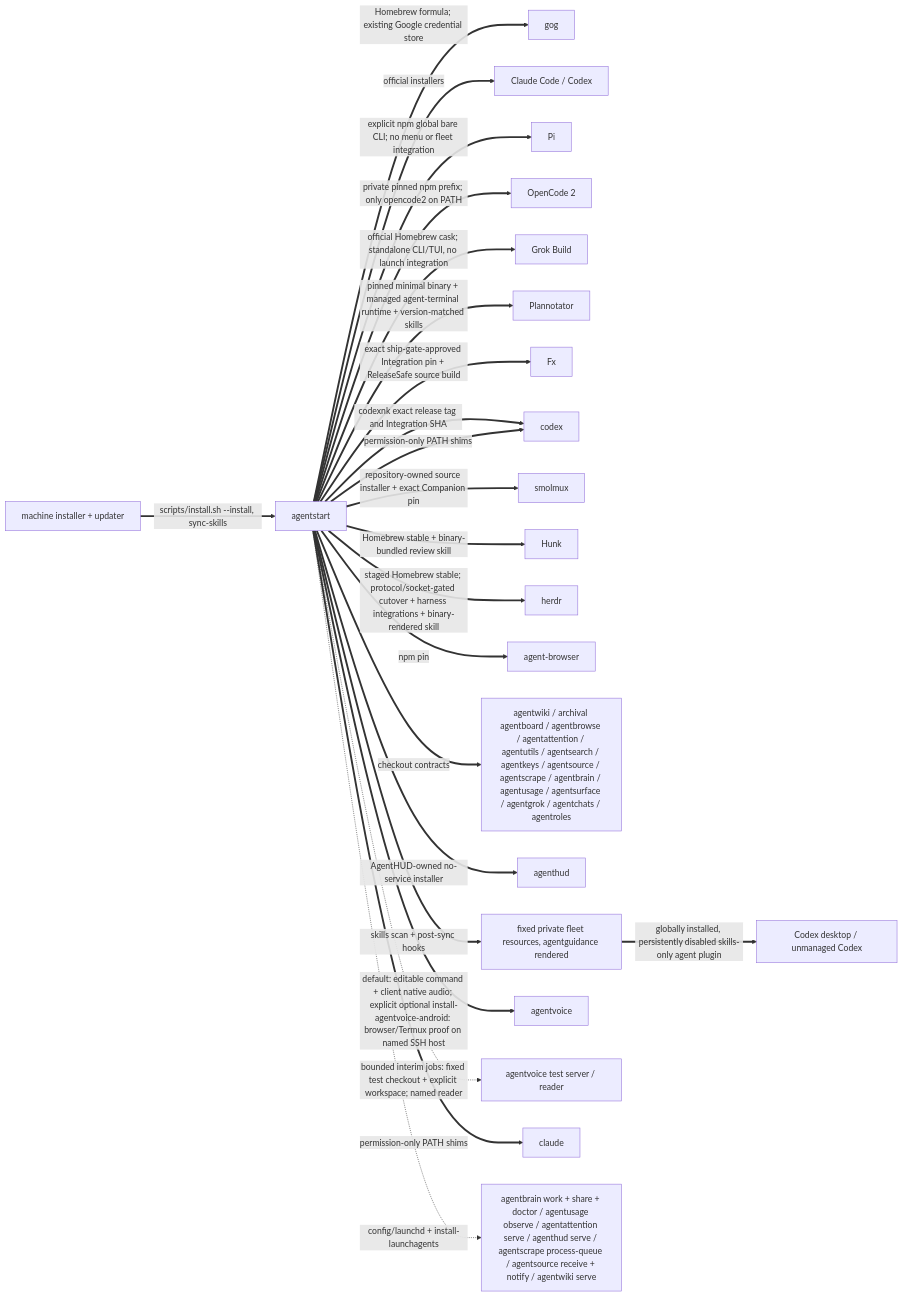
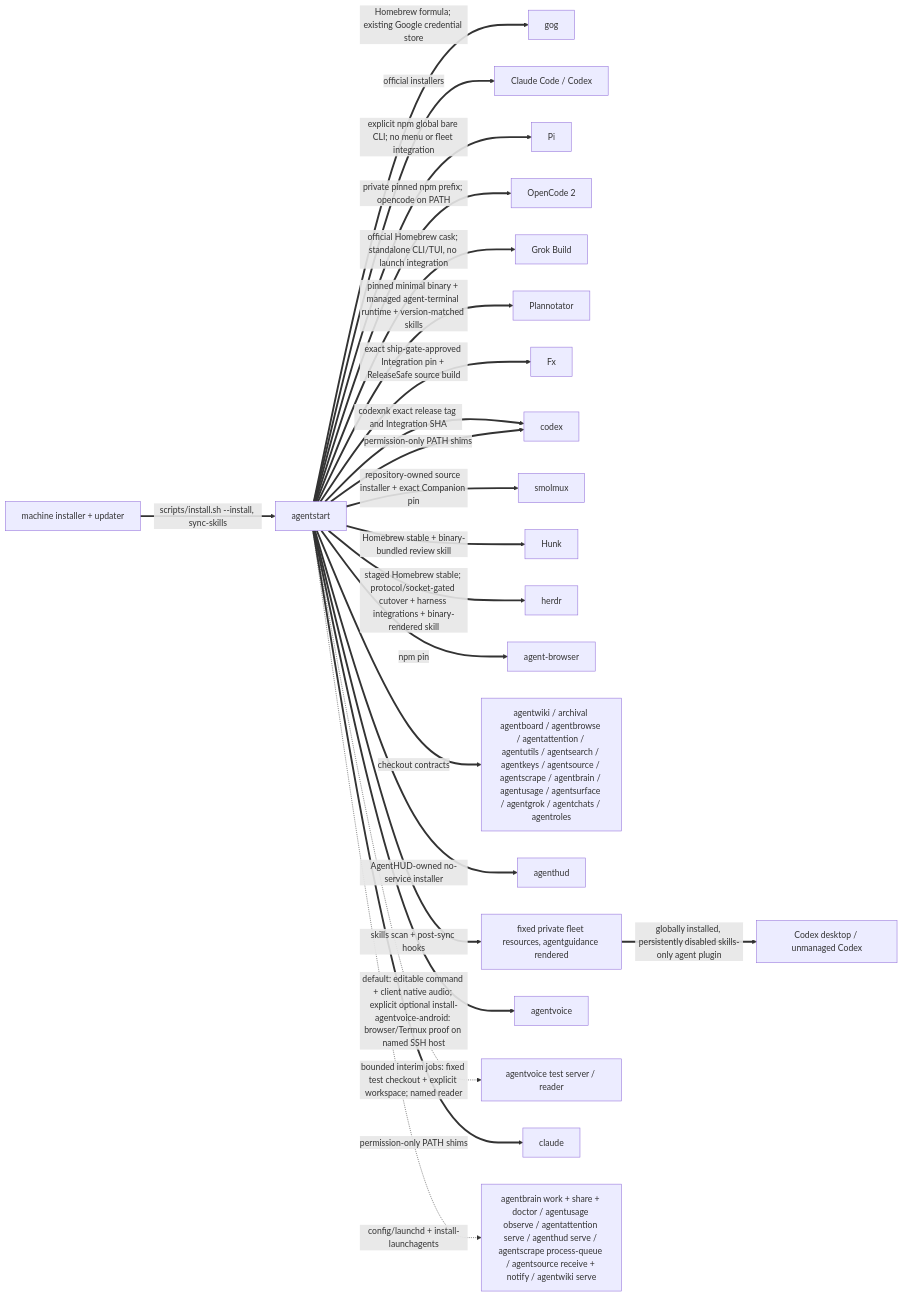
One commit to possibilities/agentstart changed the second of 3 diagrams in skills/fleet/MAP.md. Above: the diagram before and after it, drawn with Mermaid. The commit also changed other lines of this file and 8 other files, not shown here.

Commit message:
Make OpenCode 2 the default harness command

````diff
--- a/skills/fleet/MAP.md
+++ b/skills/fleet/MAP.md
@@ -103,27 +103,27 @@
 ```mermaid
 flowchart LR
     machine[machine installer + updater]
     start[agentstart]
 
     machine ==>|scripts/install.sh --install, sync-skills| start
     start ==>|Homebrew formula; existing Google credential store| gog
     start ==>|official installers| harnesses[Claude Code / Codex]
     start ==>|explicit npm global bare CLI; no menu or fleet integration| pi[Pi]
-    start ==>|private pinned npm prefix; only opencode2 on PATH| opencode2[OpenCode 2]
+    start ==>|private pinned npm prefix; opencode on PATH| opencode_v2[OpenCode 2]
     start ==>|official Homebrew cask; standalone CLI/TUI, no launch integration| grok[Grok Build]
     start ==>|pinned minimal binary + managed agent-terminal runtime + version-matched skills| plannotator[Plannotator]
     start ==>|exact ship-gate-approved Integration pin + ReleaseSafe source build| fx[Fx]
     start ==>|codexnk exact release tag and Integration SHA| codex
     start ==>|repository-owned source installer + exact Companion pin| smolmuxInstall[smolmux]
     start ==>|Homebrew stable + binary-bundled review skill| hunk[Hunk]
     start ==>|staged Homebrew stable; protocol/socket-gated cutover + harness integrations + binary-rendered skill| herdrInstall[herdr]
     start ==>|npm pin| browser[agent-browser]
     start ==>|checkout contracts| fleet[agentwiki / archival agentboard / agentbrowse / agentattention / agentutils / agentsearch / agentkeys / agentsource / agentscrape / agentbrain / agentusage / agentsurface / agentgrok / agentchats / agentroles]
     start ==>|AgentHUD-owned no-service installer| hudInstall[agenthud]
     start ==>|skills scan + post-sync hooks| skills[fixed private fleet resources, agentguidance rendered]
     start ==>|default: editable command + client native audio; explicit optional install-agentvoice-android: browser/Termux proof on named SSH host| voiceInstall[agentvoice]
     start -.->|bounded interim jobs: fixed test checkout + explicit workspace; named reader| voiceTest[agentvoice test server / reader]
     start ==>|permission-only PATH shims| claude & codex
     skills ==>|globally installed, persistently disabled skills-only agent plugin| codexDesktop[Codex desktop / unmanaged Codex]
     start -.->|config/launchd + install-launchagents| services[agentbrain work + share + doctor / agentusage observe / agentattention serve / agenthud serve / agentscrape process-queue / agentsource receive + notify / agentwiki serve]
 ```
````
